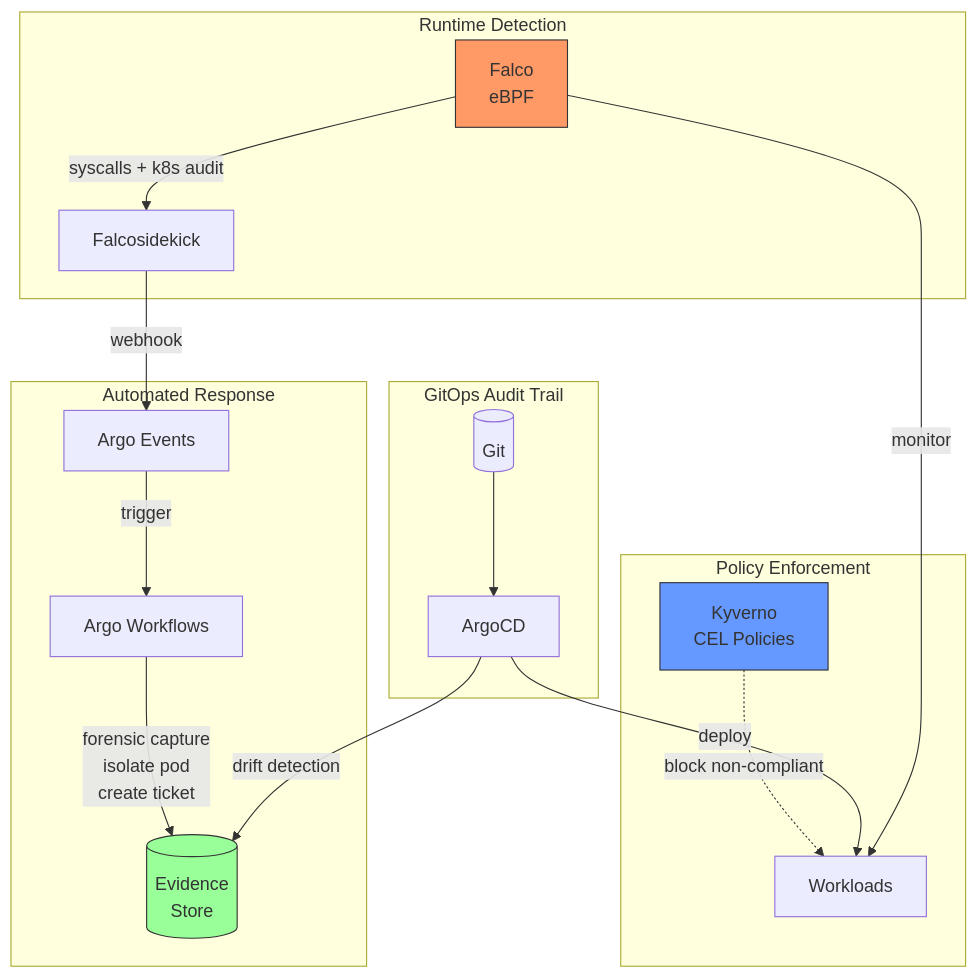
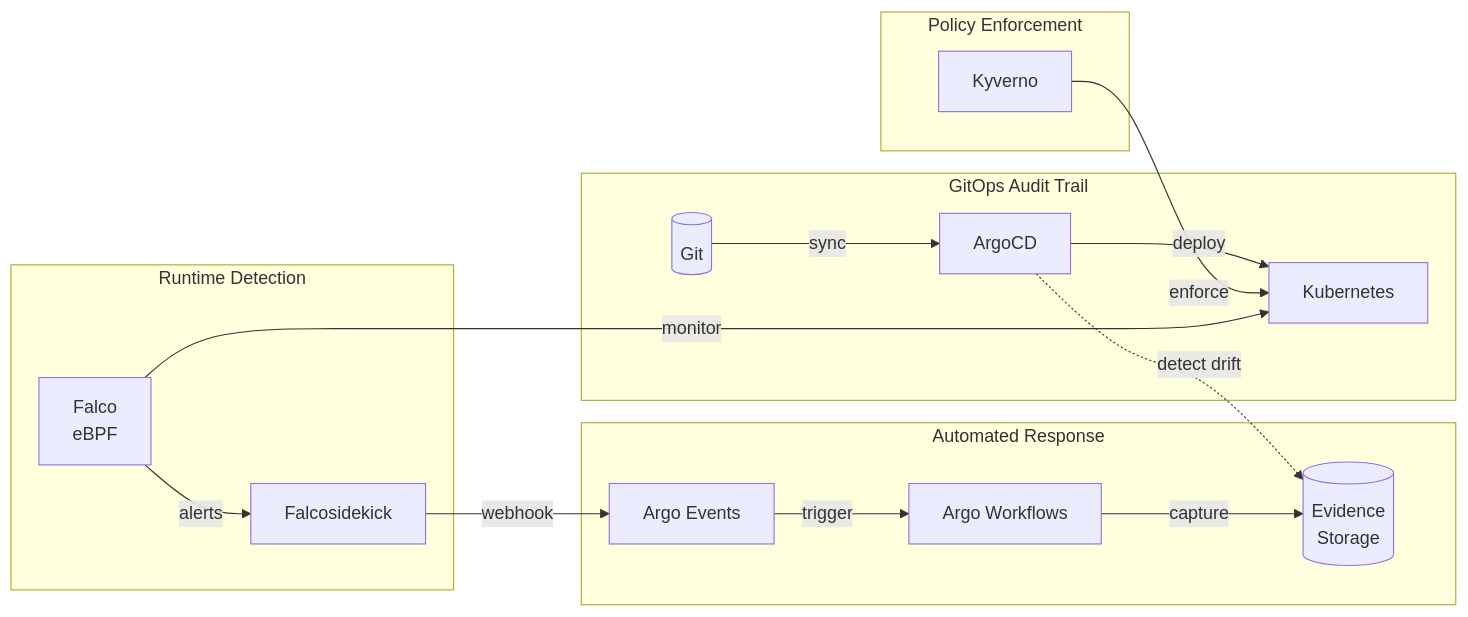
One commit to peopleforrester/auditor-with-no-questions changed the diagram in README.md. Above: the diagram before and after it, drawn with Mermaid. The commit also changed other lines of this file and 5 other files, not shown here.

````diff
--- a/README.md
+++ b/README.md
@@ -105,30 +25,24 @@
 ```mermaid
-flowchart TB
-    subgraph Detection ["Runtime Detection"]
-        Falco[Falco<br/>eBPF]
-        Falco -->|syscalls + k8s audit| Sidekick[Falcosidekick]
+flowchart LR
+    subgraph Detection["Runtime Detection"]
+        F[Falco<br/>eBPF] -->|alerts| FS[Falcosidekick]
     end
 
-    subgraph Response ["Automated Response"]
-        Sidekick -->|webhook| Events[Argo Events]
-        Events -->|trigger| Workflows[Argo Workflows]
-        Workflows -->|forensic capture<br/>isolate pod<br/>create ticket| Evidence[(Evidence<br/>Store)]
+    subgraph Response["Automated Response"]
+        FS -->|webhook| AE[Argo Events]
+        AE -->|trigger| AW[Argo Workflows]
+        AW -->|capture| EV[(Evidence<br/>Storage)]
     end
 
-    subgraph Policy ["Policy Enforcement"]
-        Kyverno[Kyverno<br/>CEL Policies]
-        Kyverno -.->|block non-compliant| Workloads[Workloads]
+    subgraph GitOps["GitOps Audit Trail"]
+        G[(Git)] -->|sync| AC[ArgoCD]
+        AC -->|deploy| K[Kubernetes]
+        AC -.->|detect drift| EV
     end
 
-    subgraph GitOps ["GitOps Audit Trail"]
-        Git[(Git)] --> ArgoCD[ArgoCD]
-        ArgoCD -->|deploy| Workloads
-        ArgoCD -->|drift detection| Evidence
+    subgraph Policy["Policy Enforcement"]
+        KY[Kyverno] -->|enforce| K
     end
 
-    Falco -->|monitor| Workloads
-
-    style Falco fill:#f96,stroke:#333
-    style Evidence fill:#9f9,stroke:#333
-    style Kyverno fill:#69f,stroke:#333
+    F -->|monitor| K
 ```
````
